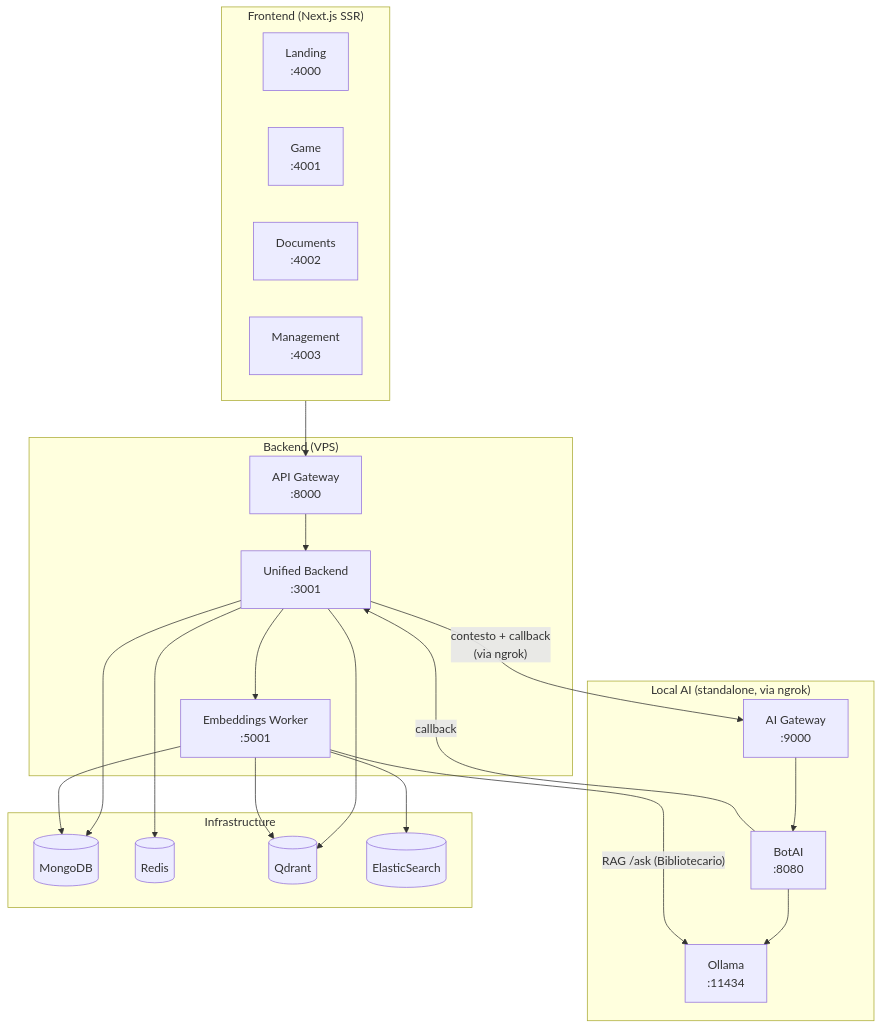
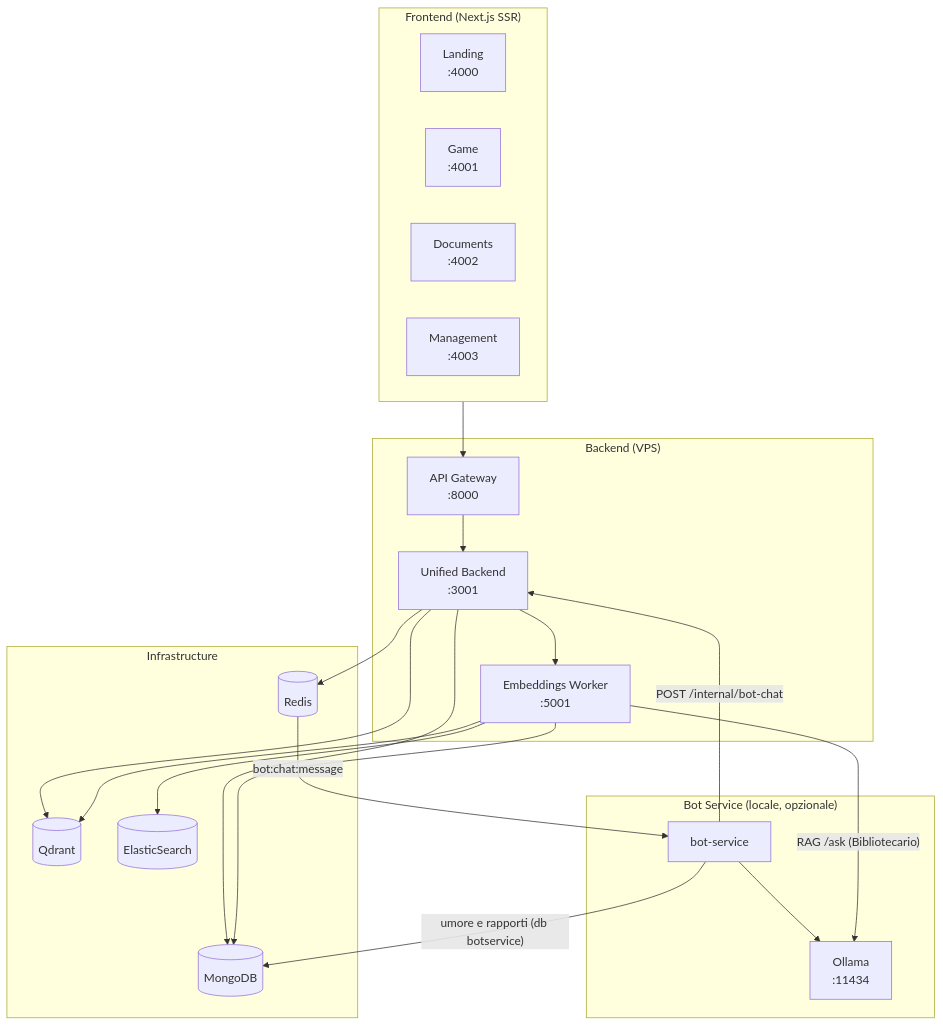
Before and after one commit to pagliagen/tenpennynovels: the diagram in README.md, drawn with Mermaid. The commit also changed other lines of this file and 114 other files, not shown here.

Commit message:
Rimosso riferimenti a ChatBotAI

````diff
--- a/README.md
+++ b/README.md
@@ -44,43 +44,42 @@
 ```mermaid
 flowchart TD
     subgraph frontend ["Frontend (Next.js SSR)"]
         Landing["Landing\n:4000"]
         Game["Game\n:4001"]
         Documents["Documents\n:4002"]
         Management["Management\n:4003"]
     end
 
     subgraph backend ["Backend (VPS)"]
         Gateway["API Gateway\n:8000"]
         Unified["Unified Backend\n:3001"]
         Embeddings["Embeddings Worker\n:5001"]
     end
 
-    subgraph localai ["Local AI (standalone, via ngrok)"]
-        AIGateway["AI Gateway\n:9000"]
-        BotAI["BotAI\n:8080"]
+    subgraph botsvc ["Bot Service (locale, opzionale)"]
+        BotService["bot-service"]
         Ollama["Ollama\n:11434"]
     end
 
     subgraph infra ["Infrastructure"]
         MongoDB[(MongoDB)]
         Redis[(Redis)]
         Qdrant[(Qdrant)]
         ES[(ElasticSearch)]
     end
 
     frontend --> Gateway
     Gateway --> Unified
     Unified --> MongoDB
     Unified --> Redis
     Unified --> Qdrant
     Unified --> Embeddings
-    Unified -->|"contesto + callback\n(via ngrok)"| AIGateway
-    AIGateway --> BotAI
-    BotAI --> Ollama
-    BotAI -->|"callback"| Unified
+    Redis -->|"bot:chat:message"| BotService
+    BotService --> Ollama
+    BotService -->|"POST /internal/bot-chat"| Unified
+    BotService -->|"umore e rapporti (db botservice)"| MongoDB
     Embeddings --> Qdrant
     Embeddings --> ES
     Embeddings --> MongoDB
     Embeddings -->|"RAG /ask (Bibliotecario)"| Ollama
 ```
````
